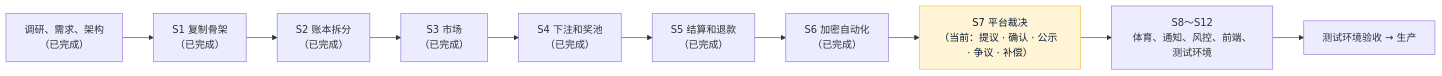
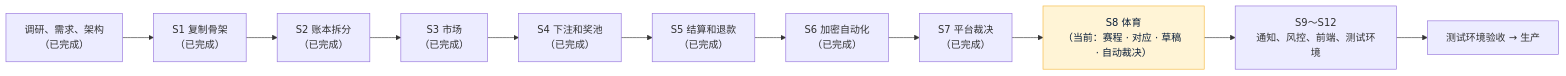
One commit to dollar3651314/forecast changed the diagram in 项目地图.md. Above: the diagram before and after it, drawn with Mermaid. The commit also changed other lines of this file and 67 other files, not shown here.

````diff
--- a/项目地图.md
+++ b/项目地图.md
@@ -11,5 +11,5 @@
 ```mermaid
 flowchart LR
-    R["调研、需求、架构<br/>（已完成）"] --> S1["S1 复制骨架<br/>（已完成）"] --> S2["S2 账本拆分<br/>（已完成）"] --> S3["S3 市场<br/>（已完成）"] --> S4["S4 下注和奖池<br/>（已完成）"] --> S5["S5 结算和退款<br/>（已完成）"] --> S6["S6 加密自动化<br/>（已完成）"] --> S7["S7 平台裁决<br/>（当前：提议 · 确认 · 公示 · 争议 · 补偿）"]:::now --> S8["S8～S12<br/>体育、通知、风控、前端、测试环境"] --> T["测试环境验收 → 生产"]
+    R["调研、需求、架构<br/>（已完成）"] --> S1["S1 复制骨架<br/>（已完成）"] --> S2["S2 账本拆分<br/>（已完成）"] --> S3["S3 市场<br/>（已完成）"] --> S4["S4 下注和奖池<br/>（已完成）"] --> S5["S5 结算和退款<br/>（已完成）"] --> S6["S6 加密自动化<br/>（已完成）"] --> S7["S7 平台裁决<br/>（已完成）"] --> S8["S8 体育<br/>（当前：赛程 · 对应 · 草稿 · 自动裁决）"]:::now --> S9["S9～S12<br/>通知、风控、前端、测试环境"] --> T["测试环境验收 → 生产"]
     classDef now fill:#FFF4D6,stroke:#F5B83D,color:#0B1F3A
 ```
````
